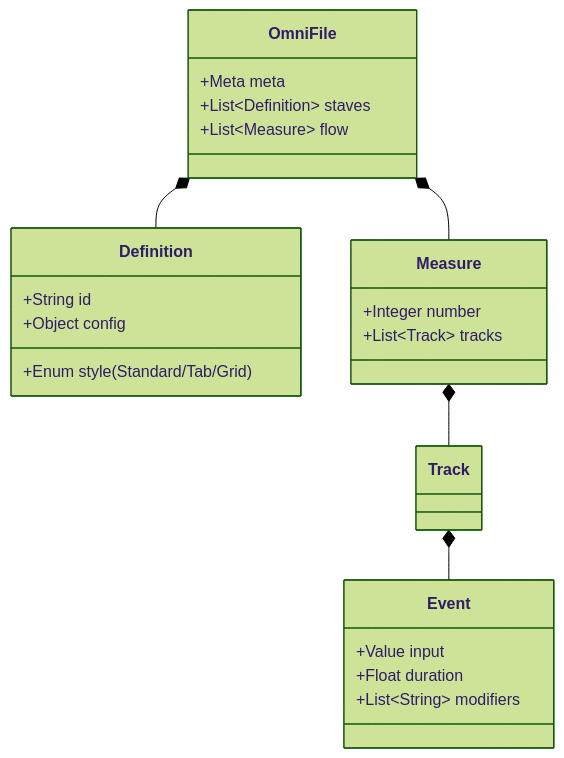
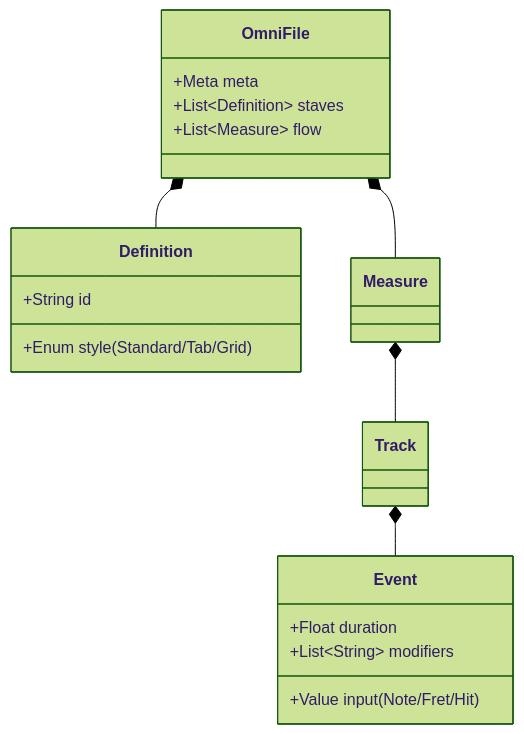
Before and after one commit to alec-borman/OmniScoreNotationLanguage: the second of 2 diagrams in Readme.md, drawn with Mermaid (forest theme). The commit also changed other lines of this file, not shown here.

````diff
--- a/Readme.md
+++ b/Readme.md
@@ -26,30 +203,24 @@
 ```mermaid
 classDiagram
     class OmniFile {
         +Meta meta
         +List~Definition~ staves
         +List~Measure~ flow
     }
 
     class Definition {
         +String id
         +Enum style (Standard/Tab/Grid)
-        +Object config
-    }
-
-    class Measure {
-        +Integer number
-        +List~Track~ tracks
     }
 
     class Event {
-        +Value input
+        +Value input (Note/Fret/Hit)
         +Float duration
         +List~String~ modifiers
     }
 
     OmniFile *-- Definition
     OmniFile *-- Measure
     Measure *-- Track
     Track *-- Event
 ```
````
